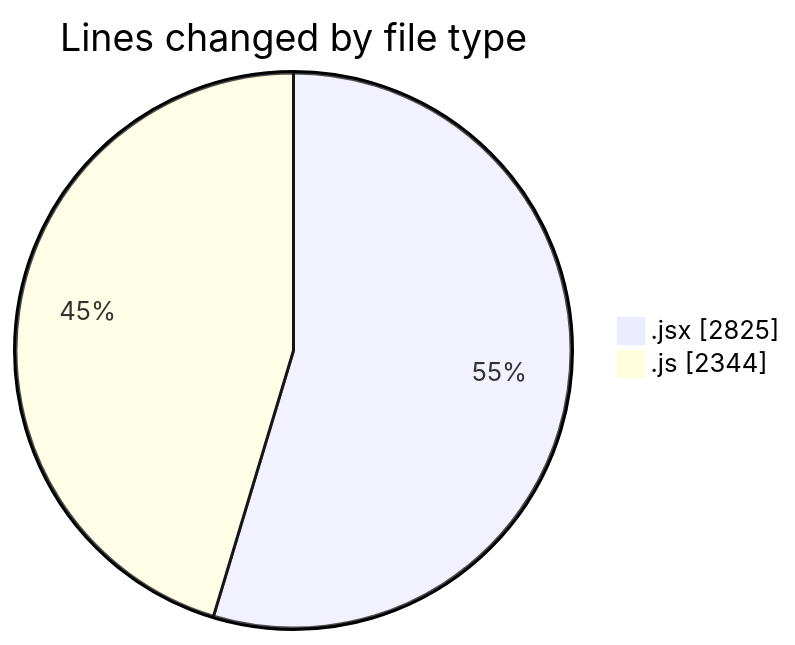
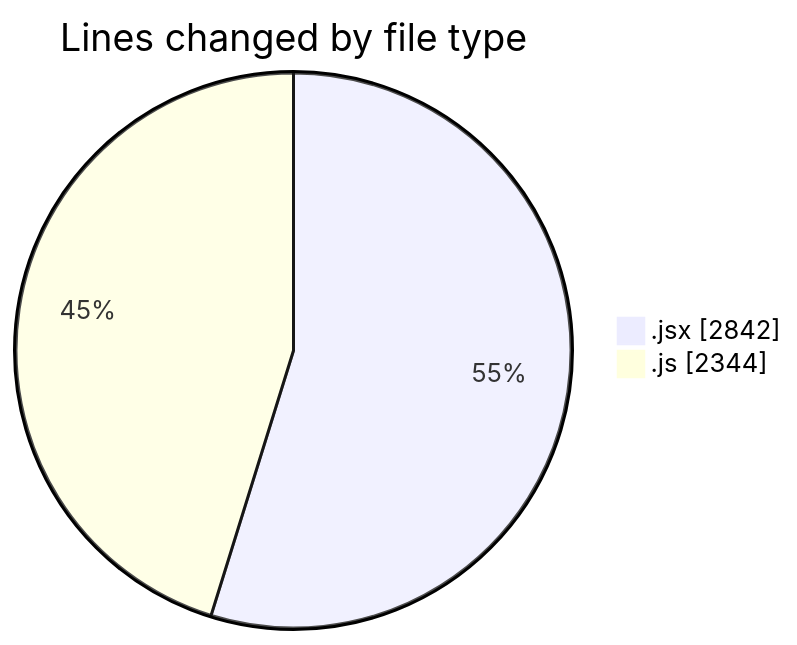
The first of 2 diagrams in 2026-01-08/nxtqube_webapp/README.md (nxtqubesakshisongat/code-tracking), drawn with Mermaid before and after one commit. The commit also changed other lines of this file and 1 other file, not shown here.

````diff
--- a/2026-01-08/nxtqube_webapp/README.md
+++ b/2026-01-08/nxtqube_webapp/README.md
@@ -23,6 +23,6 @@
 ```mermaid
 pie showData
 title Lines changed by file type
-".jsx" : 2825
+".jsx" : 2842
 ".js" : 2344
 ```
````
